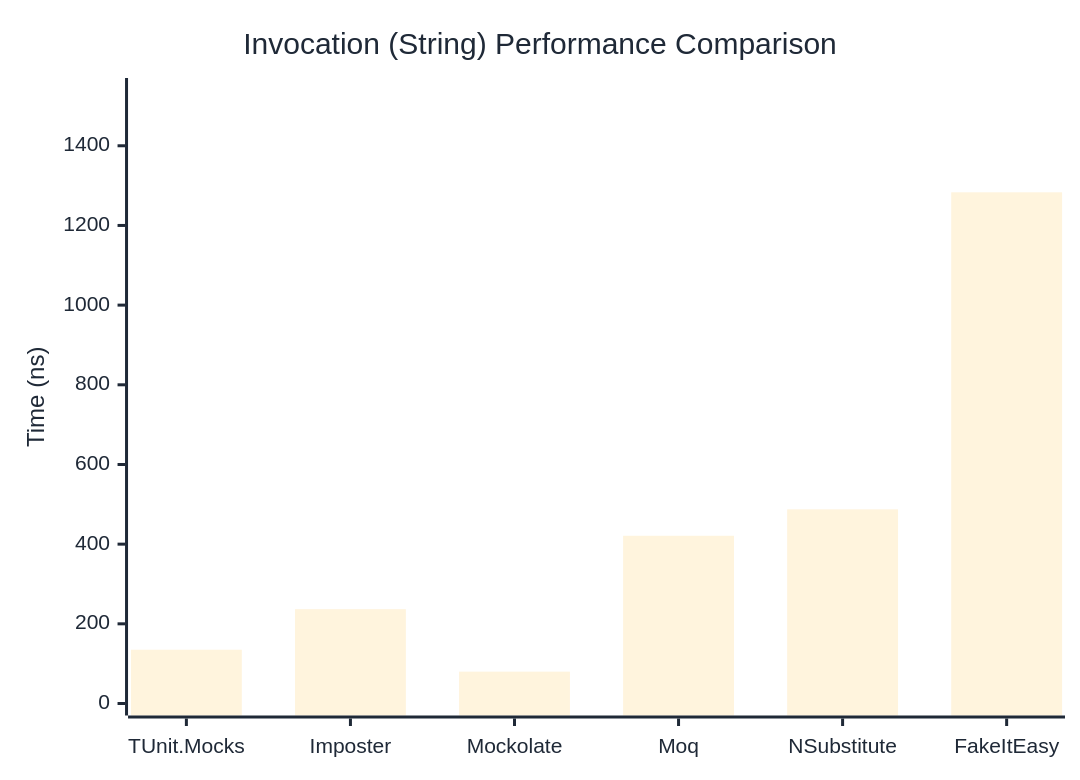
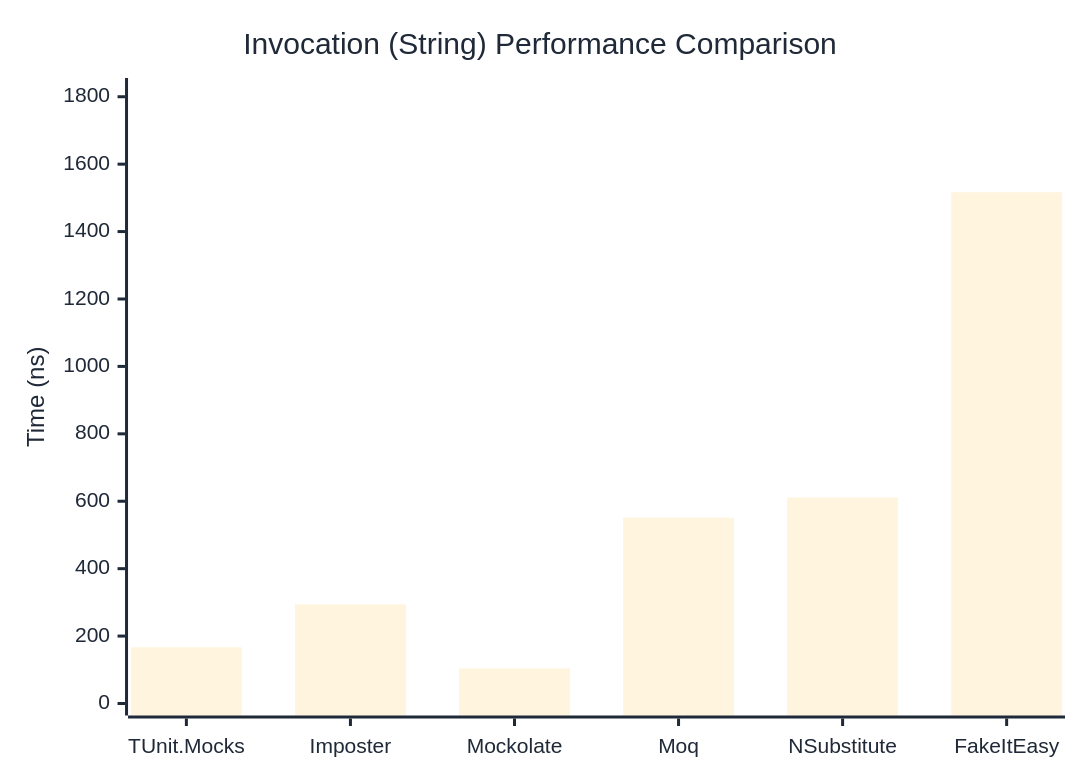
The second of 3 diagrams in docs/docs/benchmarks/mocks/Invocation.md (thomhurst/TUnit), drawn with Mermaid before and after one commit. The commit also changed other lines of this file and 14 other files, not shown here.

````diff
--- a/docs/docs/benchmarks/mocks/Invocation.md
+++ b/docs/docs/benchmarks/mocks/Invocation.md
@@ -71,27 +71,27 @@
 ```mermaid
 %%{init: {
   'theme':'base',
   'themeVariables': {
     'primaryColor': '#2563eb',
     'primaryTextColor': '#1f2937',
     'primaryBorderColor': '#1e40af',
     'lineColor': '#6b7280',
     'secondaryColor': '#7c3aed',
     'tertiaryColor': '#dc2626',
     'background': '#ffffff',
     'pie1': '#2563eb',
     'pie2': '#7c3aed',
     'pie3': '#dc2626',
     'pie4': '#f59e0b',
     'pie5': '#10b981',
     'pie6': '#06b6d4',
     'pie7': '#ec4899',
     'pie8': '#6366f1'
   }
 }}%%
 xychart-beta
   title "Invocation (String) Performance Comparison"
   x-axis ["TUnit.Mocks", "Imposter", "Mockolate", "Moq", "NSubstitute", "FakeItEasy"]
-  y-axis "Time (ns)" 0 --> 1540
-  bar [134.95, 236.79, 79.97, 421.07, 487.39, 1283.19]
+  y-axis "Time (ns)" 0 --> 1820
+  bar [166.8, 294, 104, 551.3, 611.3, 1516.6]
 ```
````
